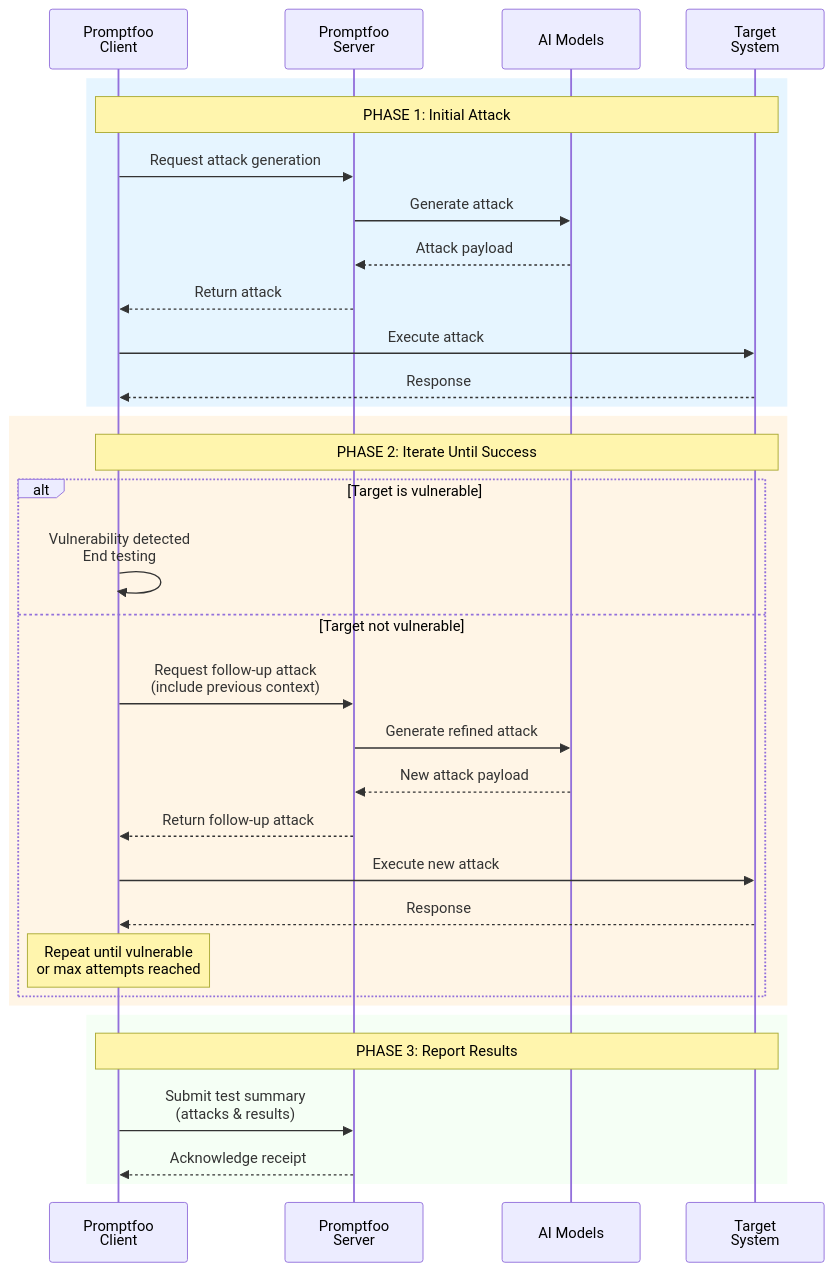
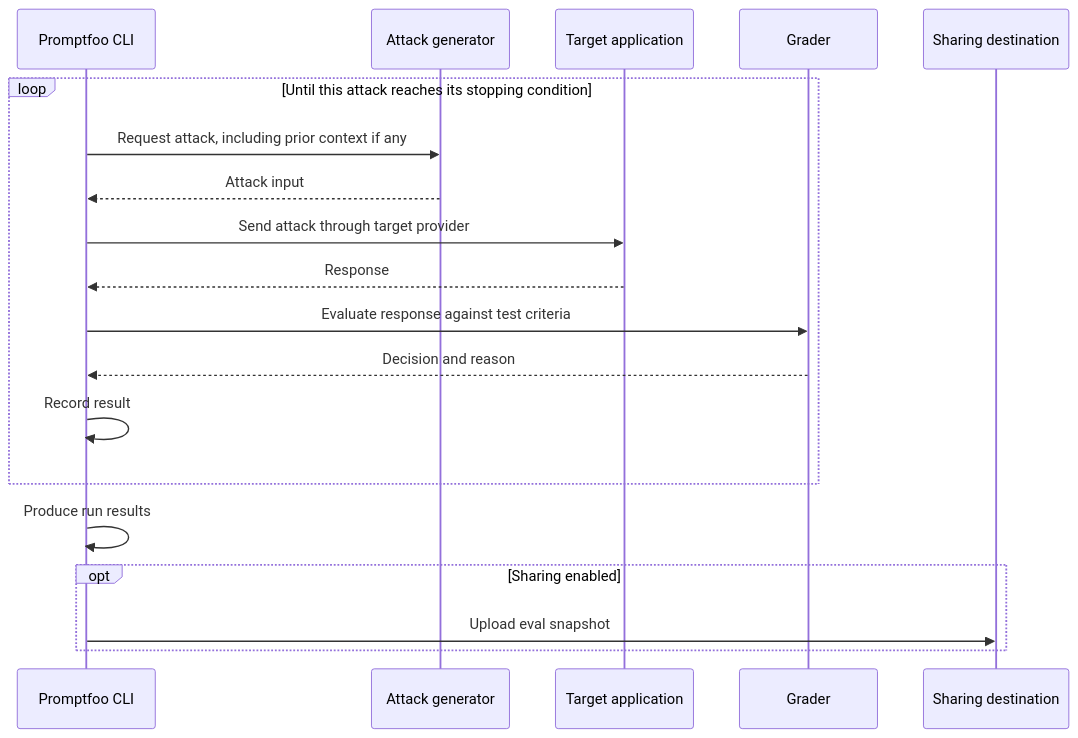
One commit to promptfoo/promptfoo changed the second of 2 diagrams in site/docs/red-team/architecture.md. Above: the diagram before and after it, drawn with Mermaid. The commit also changed other lines of this file and 19 other files, not shown here.

````diff
--- a/site/docs/red-team/architecture.md
+++ b/site/docs/red-team/architecture.md
@@ -193,39 +177,22 @@
 ```mermaid
 sequenceDiagram
-    participant Client as Promptfoo<br/>Client
-    participant Cloud as Promptfoo<br/>Server
-    participant AI as AI Models
-    participant Target as Target<br/>System
+    participant Client as Promptfoo CLI
+    participant Generator as Attack generator
+    participant Target as Target application
+    participant Grader as Grader
+    participant Storage as Sharing destination
 
-    rect rgb(230, 245, 255)
-        Note over Client,Target: PHASE 1: Initial Attack
-        Client->>Cloud: Request attack generation
-        Cloud->>AI: Generate attack
-        AI-->>Cloud: Attack payload
-        Cloud-->>Client: Return attack
-        Client->>Target: Execute attack
+    loop Until this attack reaches its stopping condition
+        Client->>Generator: Request attack, including prior context if any
+        Generator-->>Client: Attack input
+        Client->>Target: Send attack through target provider
         Target-->>Client: Response
+        Client->>Grader: Evaluate response against test criteria
+        Grader-->>Client: Decision and reason
+        Client->>Client: Record result
     end
-
-    rect rgb(255, 245, 230)
-        Note over Client,Target: PHASE 2: Iterate Until Success
-
-        alt Target is vulnerable
-            Client->>Client: Vulnerability detected<br/>End testing
-        else Target not vulnerable
-            Client->>Cloud: Request follow-up attack<br/>(include previous context)
-            Cloud->>AI: Generate refined attack
-            AI-->>Cloud: New attack payload
-            Cloud-->>Client: Return follow-up attack
-            Client->>Target: Execute new attack
-            Target-->>Client: Response
-            Note over Client: Repeat until vulnerable<br/>or max attempts reached
-        end
-    end
-
-    rect rgb(245, 255, 245)
-        Note over Client,Target: PHASE 3: Report Results
-        Client->>Cloud: Submit test summary<br/>(attacks & results)
-        Cloud-->>Client: Acknowledge receipt
+    Client->>Client: Produce run results
+    opt Sharing enabled
+        Client->>Storage: Upload eval snapshot
     end
 ```
````
